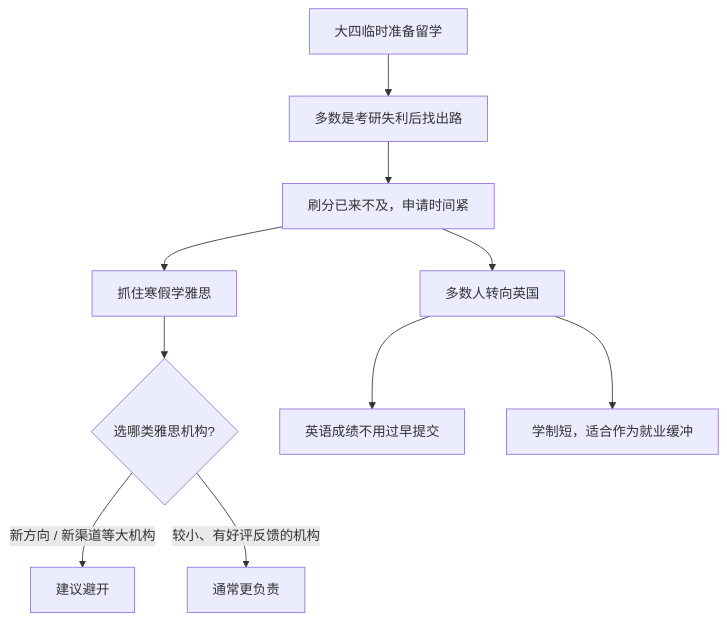
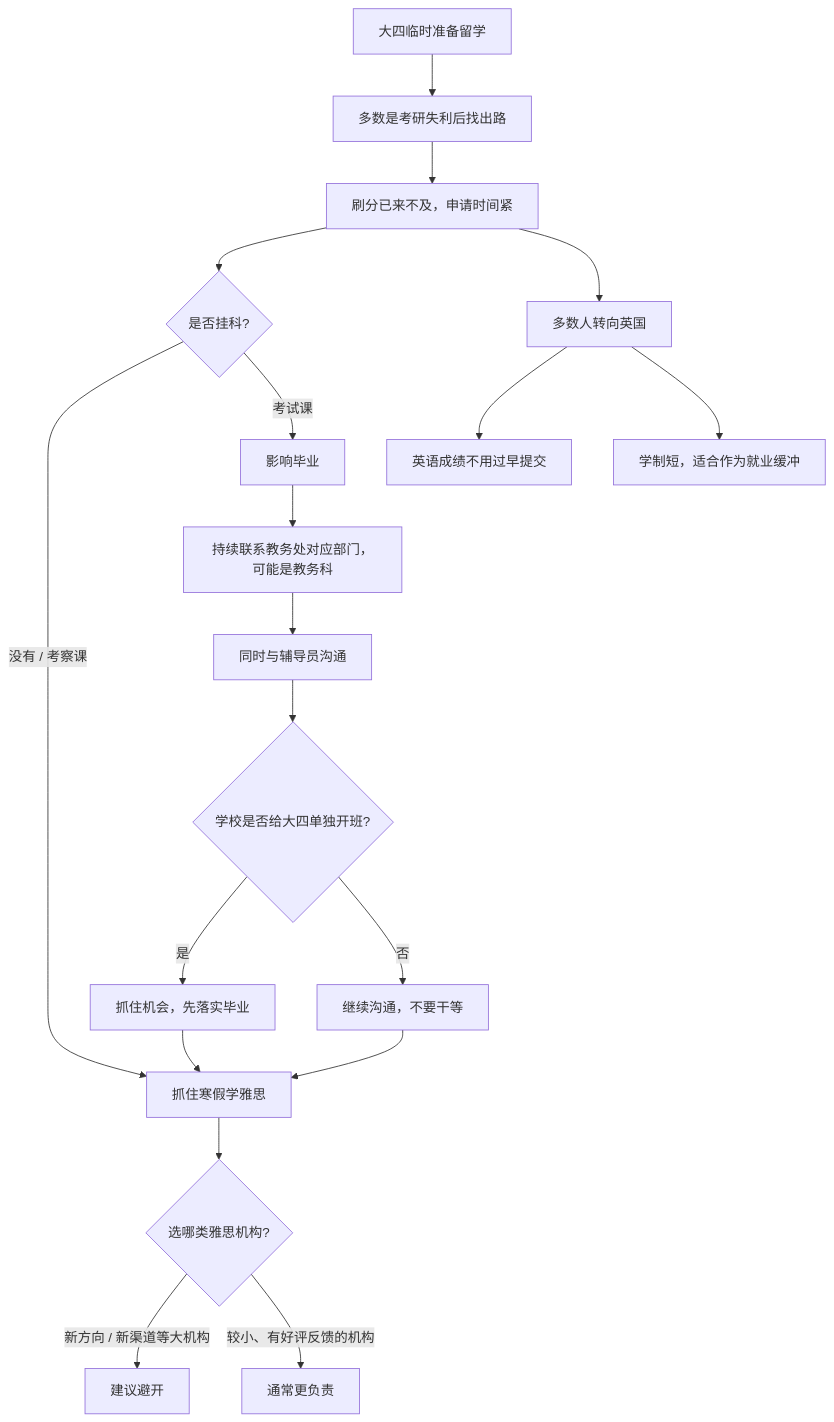
Before and after one commit to chillboy67/study-abroad-handbook: the fourth of 4 diagrams in docs/01-时间线与规划.md, drawn with Mermaid. The commit also changed other lines of this file, not shown here.

````diff
--- a/docs/01-时间线与规划.md
+++ b/docs/01-时间线与规划.md
@@ -172,12 +186,21 @@
 ```mermaid
 flowchart TD
     A[大四临时准备留学] --> B[多数是考研失利后找出路]
     B --> C[刷分已来不及，申请时间紧]
-    C --> D[抓住寒假学雅思]
+    C --> FAIL{是否挂科?}
+    FAIL -->|没有 / 考察课| D[抓住寒假学雅思]
+    FAIL -->|考试课| GRAD[影响毕业]
+    GRAD --> CONTACT[持续联系教务处对应部门，可能是教务科]
+    CONTACT --> COUNSEL[同时与辅导员沟通]
+    COUNSEL --> CLASS{学校是否给大四单独开班?}
+    CLASS -->|是| GRAB[抓住机会，先落实毕业]
+    CLASS -->|否| KEEP[继续沟通，不要干等]
+    GRAB --> D
+    KEEP --> D
     D --> E{选哪类雅思机构?}
     E -->|新方向 / 新渠道等大机构| F[建议避开]
     E -->|较小、有好评反馈的机构| G[通常更负责]
     C --> H[多数人转向英国]
     H --> I[英语成绩不用过早提交]
     H --> J[学制短，适合作为就业缓冲]
 ```
````
